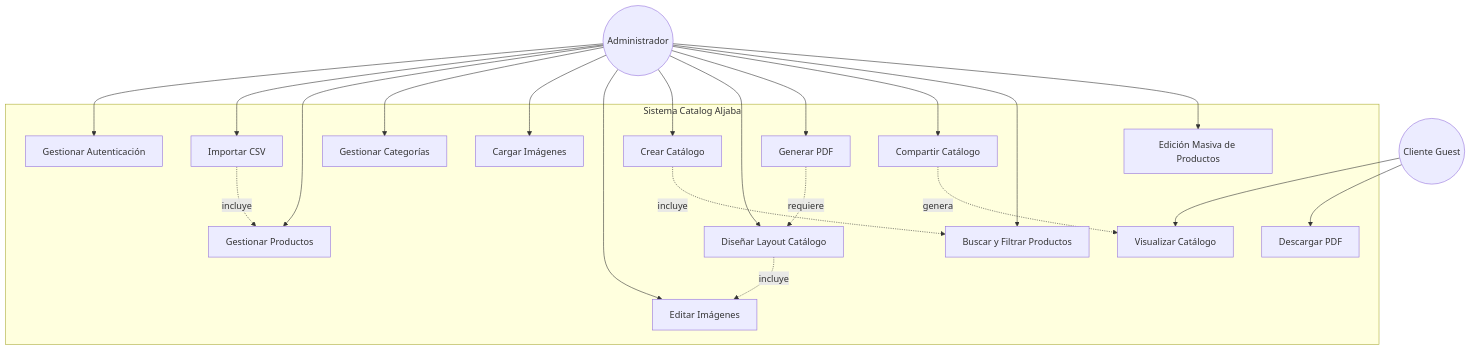
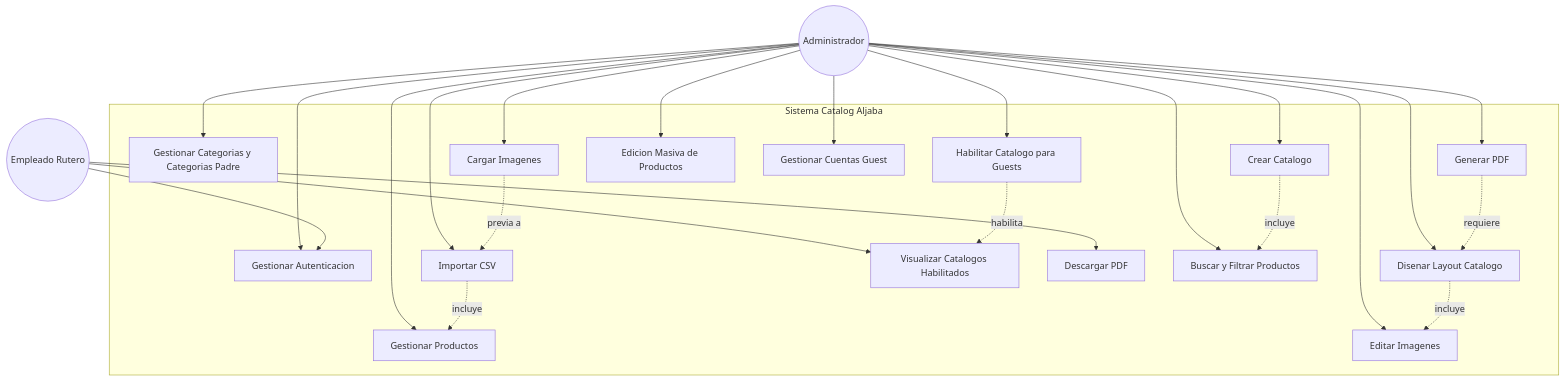
Before and after one commit to MarioEstu/sistem-aljaba: the first of 13 diagrams in docs/diagramas/DIAGRAMAS_UML.md, drawn with Mermaid. The commit also changed other lines of this file and 3 other files, not shown here.

````diff
--- a/docs/diagramas/DIAGRAMAS_UML.md
+++ b/docs/diagramas/DIAGRAMAS_UML.md
@@ -22,44 +22,48 @@
 ```mermaid
 graph TB
     subgraph "Sistema Catalog Aljaba"
-        UC1[Gestionar Autenticación]
+        UC1[Gestionar Autenticacion]
         UC2[Importar CSV]
         UC3[Gestionar Productos]
-        UC4[Gestionar Categorías]
-        UC5[Cargar Imágenes]
-        UC6[Editar Imágenes]
-        UC7[Crear Catálogo]
-        UC8[Diseñar Layout Catálogo]
+        UC4[Gestionar Categorias y Categorias Padre]
+        UC5[Cargar Imagenes]
+        UC6[Editar Imagenes]
+        UC7[Crear Catalogo]
+        UC8[Disenar Layout Catalogo]
         UC9[Generar PDF]
-        UC10[Compartir Catálogo]
-        UC11[Visualizar Catálogo]
+        UC10[Habilitar Catalogo para Guests]
+        UC11[Visualizar Catalogos Habilitados]
         UC12[Descargar PDF]
         UC13[Buscar y Filtrar Productos]
-        UC14[Edición Masiva de Productos]
+        UC14[Edicion Masiva de Productos]
+        UC15[Gestionar Cuentas Guest]
     end
-    
+
     Admin((Administrador))
-    Guest((Cliente Guest))
-    
+    Guest((Empleado Rutero))
+
     Admin --> UC1
     Admin --> UC2
     Admin --> UC3
     Admin --> UC4
     Admin --> UC5
     Admin --> UC6
     Admin --> UC7
     Admin --> UC8
     Admin --> UC9
     Admin --> UC10
     Admin --> UC13
     Admin --> UC14
-    
+    Admin --> UC15
+
+    Guest --> UC1
     Guest --> UC11
     Guest --> UC12
-    
+
     UC2 -.incluye.-> UC3
+    UC5 -.previa a.-> UC2
     UC7 -.incluye.-> UC13
     UC8 -.incluye.-> UC6
     UC9 -.requiere.-> UC8
-    UC10 -.genera.-> UC11
+    UC10 -.habilita.-> UC11
 ```
````
